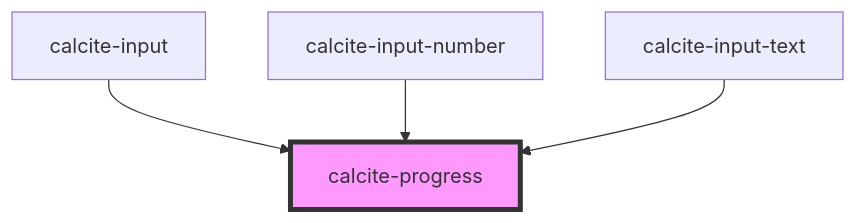
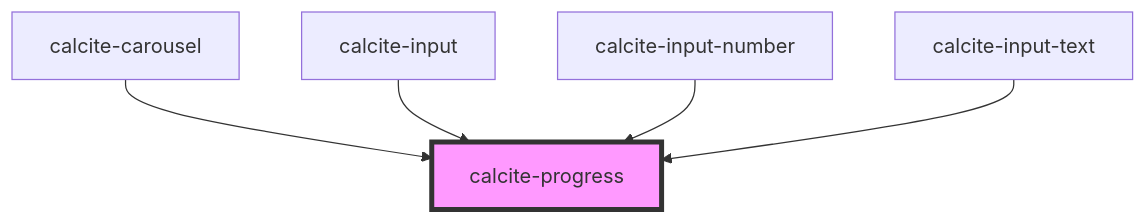
Before and after one commit to Esri/calcite-design-system: the diagram in packages/calcite-components/src/components/progress/readme.md, drawn with Mermaid. The commit also changed other lines of this file and 21 other files, not shown here.

````diff
--- a/packages/calcite-components/src/components/progress/readme.md
+++ b/packages/calcite-components/src/components/progress/readme.md
@@ -35,7 +36,8 @@
 ```mermaid
 graph TD;
+  calcite-carousel --> calcite-progress
   calcite-input --> calcite-progress
   calcite-input-number --> calcite-progress
   calcite-input-text --> calcite-progress
   style calcite-progress fill:#f9f,stroke:#333,stroke-width:4px
 ```
````
